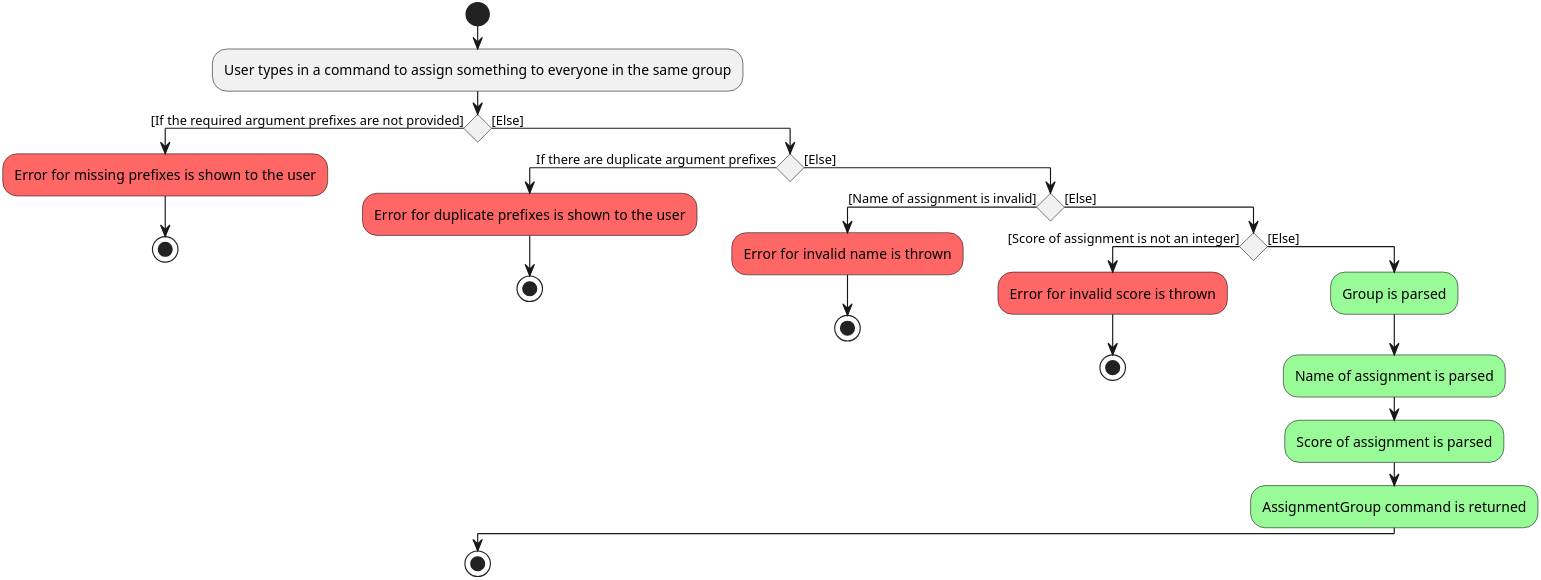
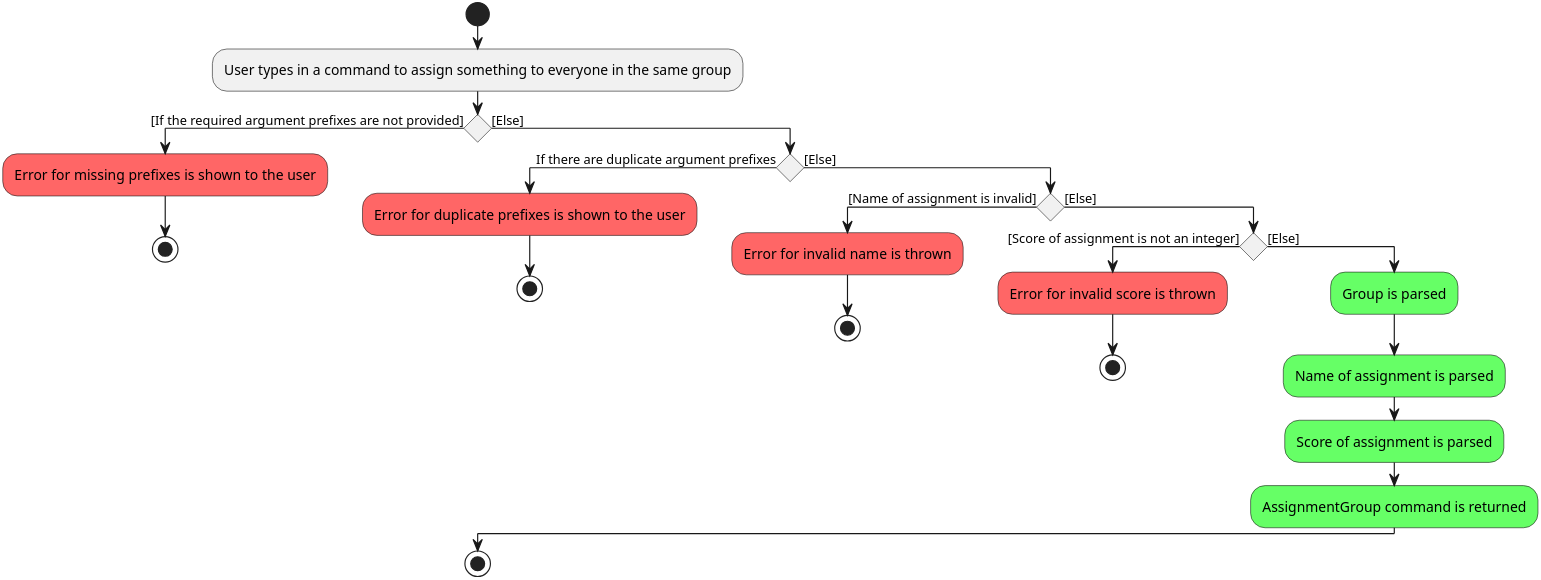
The diagram in docs/diagrams/AssignGroupParserActivityDiagram.puml (proto-aiken-13/tp), drawn with PlantUML before and after one commit. The commit also changed 5 other files, not shown here.

Commit message:
Fix DG Activity Diagram

```diff
--- a/docs/diagrams/AssignGroupParserActivityDiagram.puml
+++ b/docs/diagrams/AssignGroupParserActivityDiagram.puml
@@ -1,34 +1,34 @@
 @startuml
 scale 4.0
 'https://plantuml.com/activity-diagram-beta
 
 start
 :User types in a command to assign something to everyone in the same group;
 
 if () then ([If the required argument prefixes are not provided])
       #FF6666:Error for missing prefixes is shown to the user;
       stop
 else ([Else])
     if () then (If there are duplicate argument prefixes)
         #FF6666:Error for duplicate prefixes is shown to the user;
         stop
     else ([Else])
         if () then ([Name of assignment is invalid])
             #FF6666:Error for invalid name is thrown;
             stop
         else ([Else])
             if () then ([Score of assignment is not an integer])
                 #FF6666:Error for invalid score is thrown;
                 stop
             else ([Else])
-               #palegreen:Group is parsed;
-               #palegreen:Name of assignment is parsed;
-               #palegreen:Score of assignment is parsed;
-               #palegreen:AssignmentGroup command is returned;
+               #66FF66:Group is parsed;
+               #66FF66:Name of assignment is parsed;
+               #66FF66:Score of assignment is parsed;
+               #66FF66:AssignmentGroup command is returned;
             endif
         endif
     endif
 endif
 
 stop
 @enduml
```
